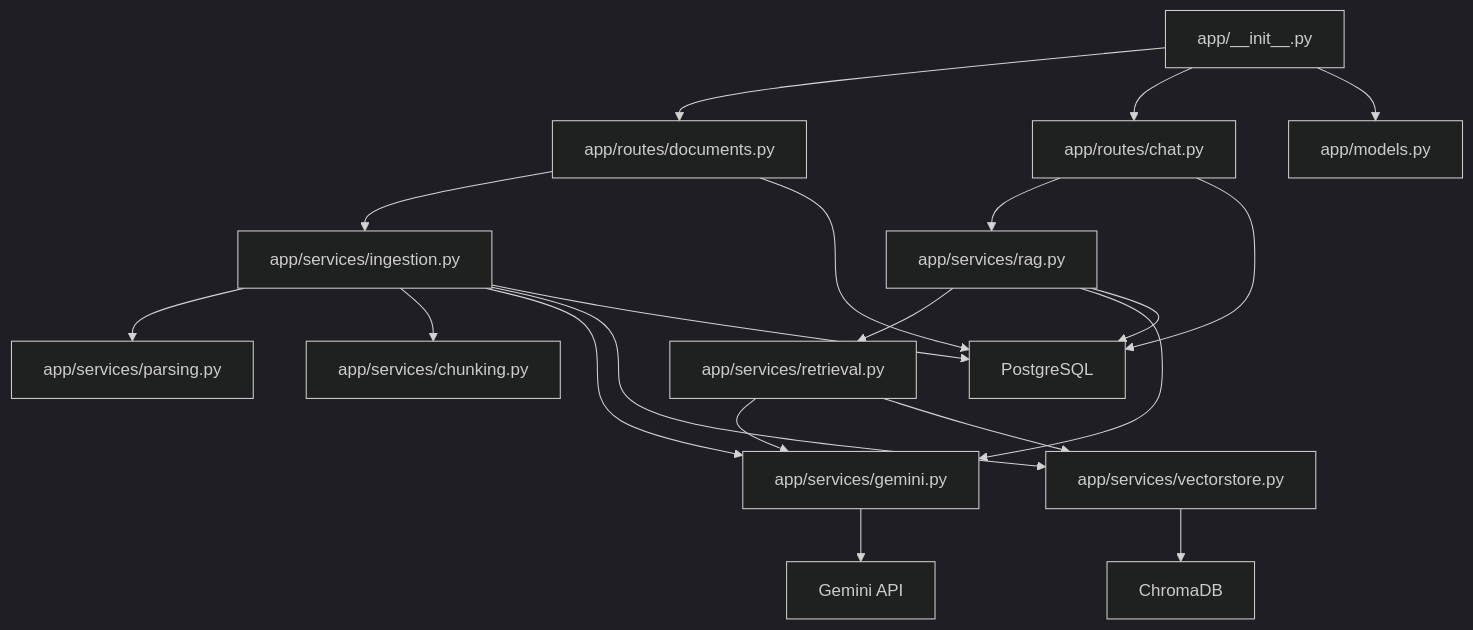
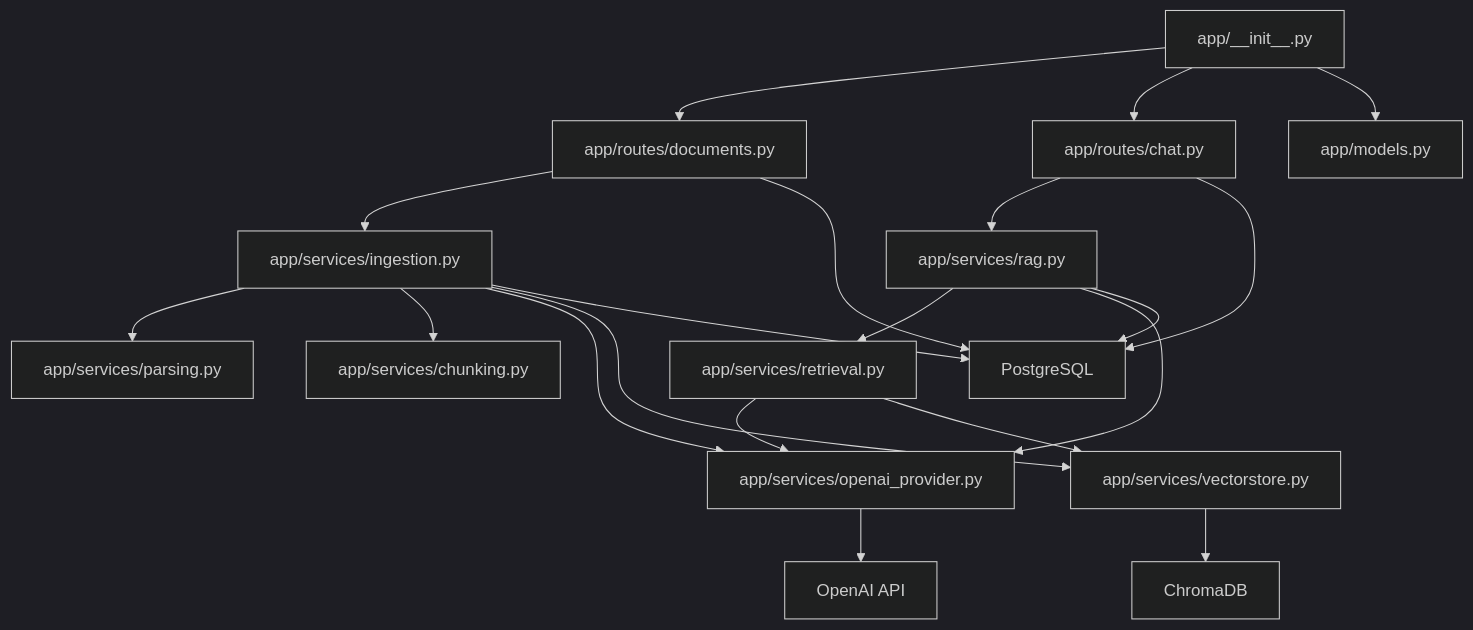
The first of 4 diagrams in documentation/06-codebase-file-function-map.md (Dorjnyam/rag_chatbot_try), drawn with Mermaid (dark theme) before and after one commit. The commit also changed other lines of this file and 50 other files, not shown here.

````diff
--- a/documentation/06-codebase-file-function-map.md
+++ b/documentation/06-codebase-file-function-map.md
@@ -10,22 +10,22 @@
 ```mermaid
 flowchart TD
     A["app/__init__.py"] --> B["app/routes/documents.py"]
     A --> C["app/routes/chat.py"]
     A --> D["app/models.py"]
     B --> E["app/services/ingestion.py"]
     C --> F["app/services/rag.py"]
     E --> G["app/services/parsing.py"]
     E --> H["app/services/chunking.py"]
-    E --> I["app/services/gemini.py"]
+    E --> I["app/services/openai_provider.py"]
     E --> J["app/services/vectorstore.py"]
     F --> K["app/services/retrieval.py"]
     K --> I
     K --> J
     F --> I
-    I --> L["Gemini API"]
+    I --> L["OpenAI API"]
     J --> M["ChromaDB"]
     E --> N["PostgreSQL"]
     F --> N
     B --> N
     C --> N
 ```
````
